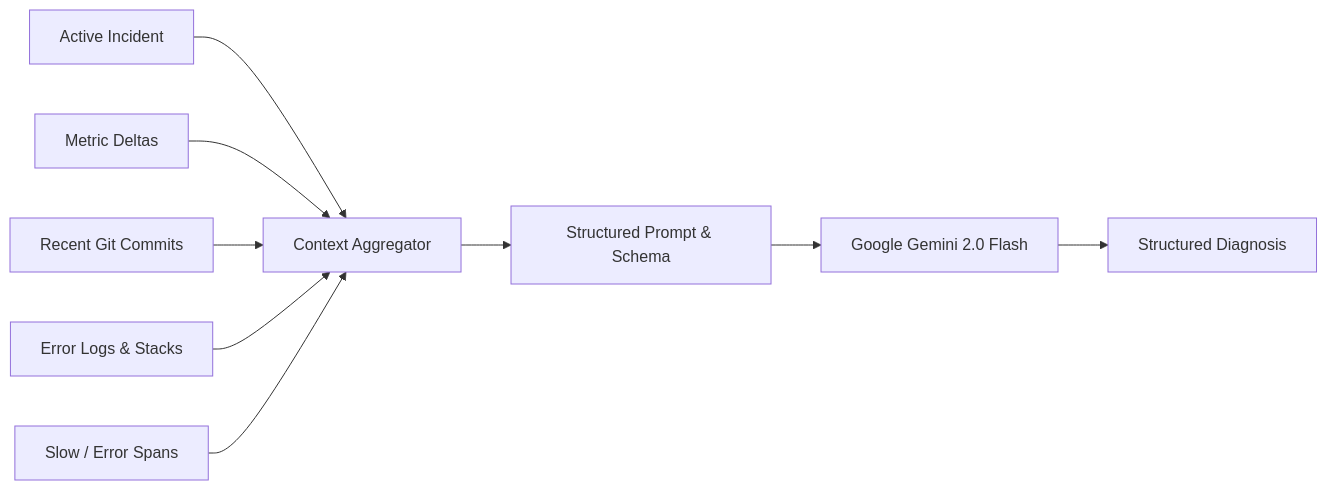
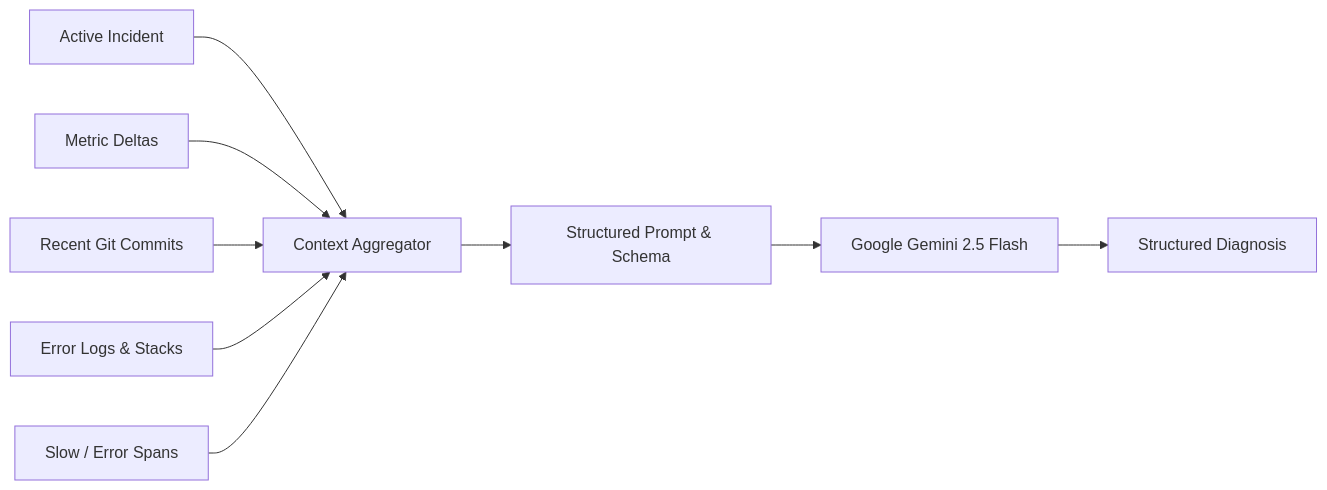
One commit to Mohammad-Shoeb-Faizan/RadarFlow changed the diagram in docs/ai-investigation.md. Above: the diagram before and after it, drawn with Mermaid. The commit also changed 4 other files, not shown here.

````diff
--- a/docs/ai-investigation.md
+++ b/docs/ai-investigation.md
@@ -26,11 +26,11 @@
 ```mermaid
 flowchart LR
     Incident[Active Incident] --> Aggregator[Context Aggregator]
     Metrics[Metric Deltas] --> Aggregator
     Deployments[Recent Git Commits] --> Aggregator
     Logs[Error Logs & Stacks] --> Aggregator
     Traces[Slow / Error Spans] --> Aggregator
     Aggregator --> Prompt[Structured Prompt & Schema]
-    Prompt --> Gemini[Google Gemini 2.0 Flash]
+    Prompt --> Gemini[Google Gemini 2.5 Flash]
     Gemini --> Findings[Structured Diagnosis]
 ```
````
